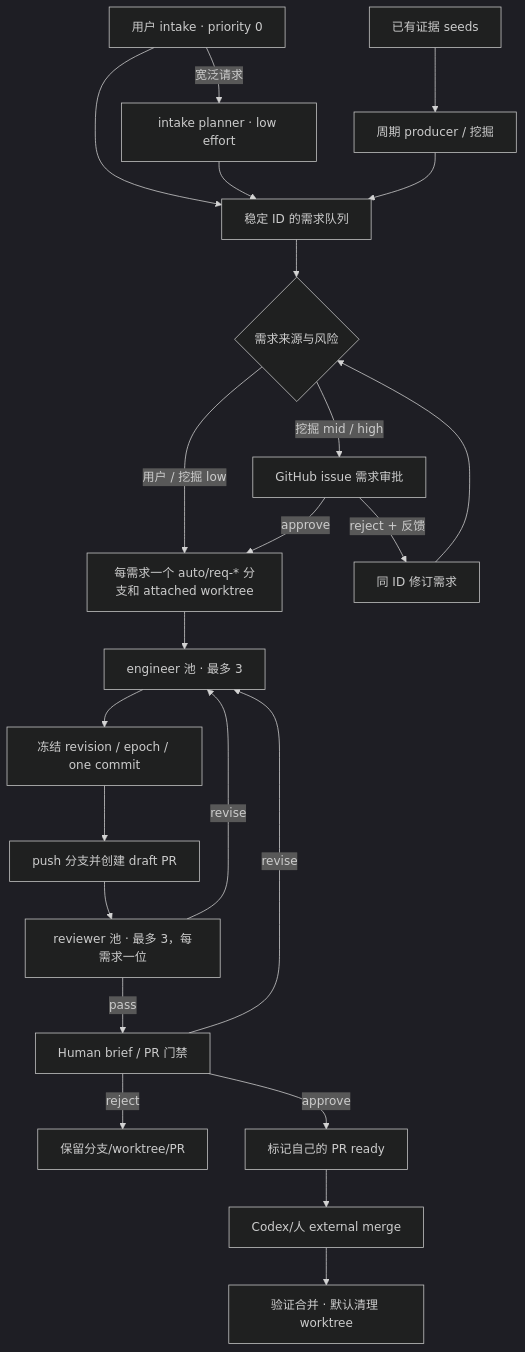
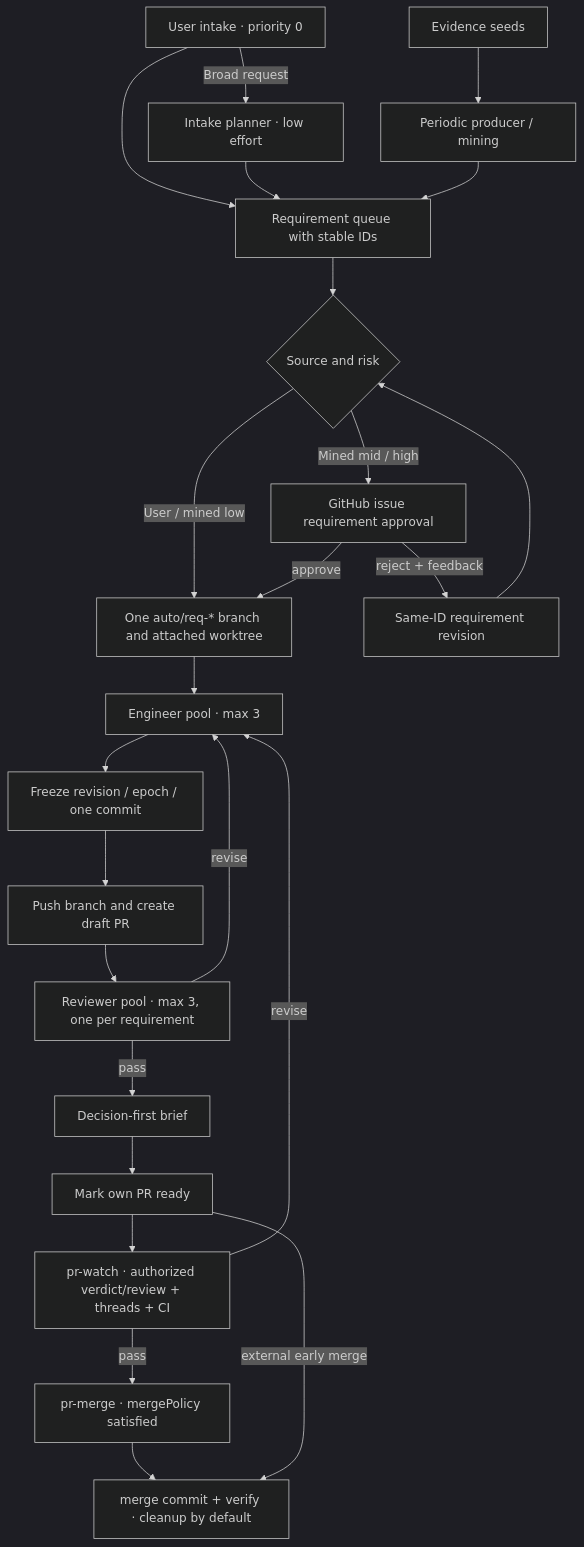
One commit to lyingloong/dsh-auto-workflow changed the diagram in README.md. Above: the diagram before and after it, drawn with Mermaid (dark theme). The commit also changed other lines of this file and 20 other files, not shown here.

First line of the commit message:
feat(example)!: move PR merge decisions to GitHub and render decision-first

````diff
--- a/README.md
+++ b/README.md
@@ -40,25 +60,26 @@
 ```mermaid
 flowchart TD
-  U[用户 intake · priority 0] --> Q[稳定 ID 的需求队列]
-  U -->|宽泛请求| IP[intake planner · low effort]
+  U[User intake · priority 0] --> Q[Requirement queue with stable IDs]
+  U -->|Broad request| IP[Intake planner · low effort]
   IP --> Q
-  S[已有证据 seeds] --> M[周期 producer / 挖掘]
+  S[Evidence seeds] --> M[Periodic producer / mining]
   M --> Q
-  Q --> R{需求来源与风险}
-  R -->|用户 / 挖掘 low| W[每需求一个 auto/req-* 分支和 attached worktree]
-  R -->|挖掘 mid / high| H[GitHub issue 需求审批]
+  Q --> R{Source and risk}
+  R -->|User / mined low| W[One auto/req-* branch and attached worktree]
+  R -->|Mined mid / high| H[GitHub issue requirement approval]
   H -->|approve| W
-  H -->|reject + 反馈| A[同 ID 修订需求]
+  H -->|reject + feedback| A[Same-ID requirement revision]
   A --> R
-  W --> E[engineer 池 · 最多 3]
-  E --> I[冻结 revision / epoch / one commit]
-  I --> P[push 分支并创建 draft PR]
-  P --> V[reviewer 池 · 最多 3，每需求一位]
+  W --> E[Engineer pool · max 3]
+  E --> I[Freeze revision / epoch / one commit]
+  I --> P[Push branch and create draft PR]
+  P --> V[Reviewer pool · max 3, one per requirement]
   V -->|revise| E
-  V -->|pass| G[Human brief / PR 门禁]
-  G -->|revise| E
-  G -->|reject| K[保留分支/worktree/PR]
-  G -->|approve| L[标记自己的 PR ready]
-  L --> X[Codex/人 external merge]
-  X --> T[验证合并 · 默认清理 worktree]
+  V -->|pass| B[Decision-first brief]
+  B --> L[Mark own PR ready]
+  L --> W2[pr-watch · authorized verdict/review + threads + CI]
+  W2 -->|revise| E
+  W2 -->|pass| M2[pr-merge · mergePolicy satisfied]
+  M2 --> T[merge commit + verify · cleanup by default]
+  L -->|external early merge| T
 ```
````
